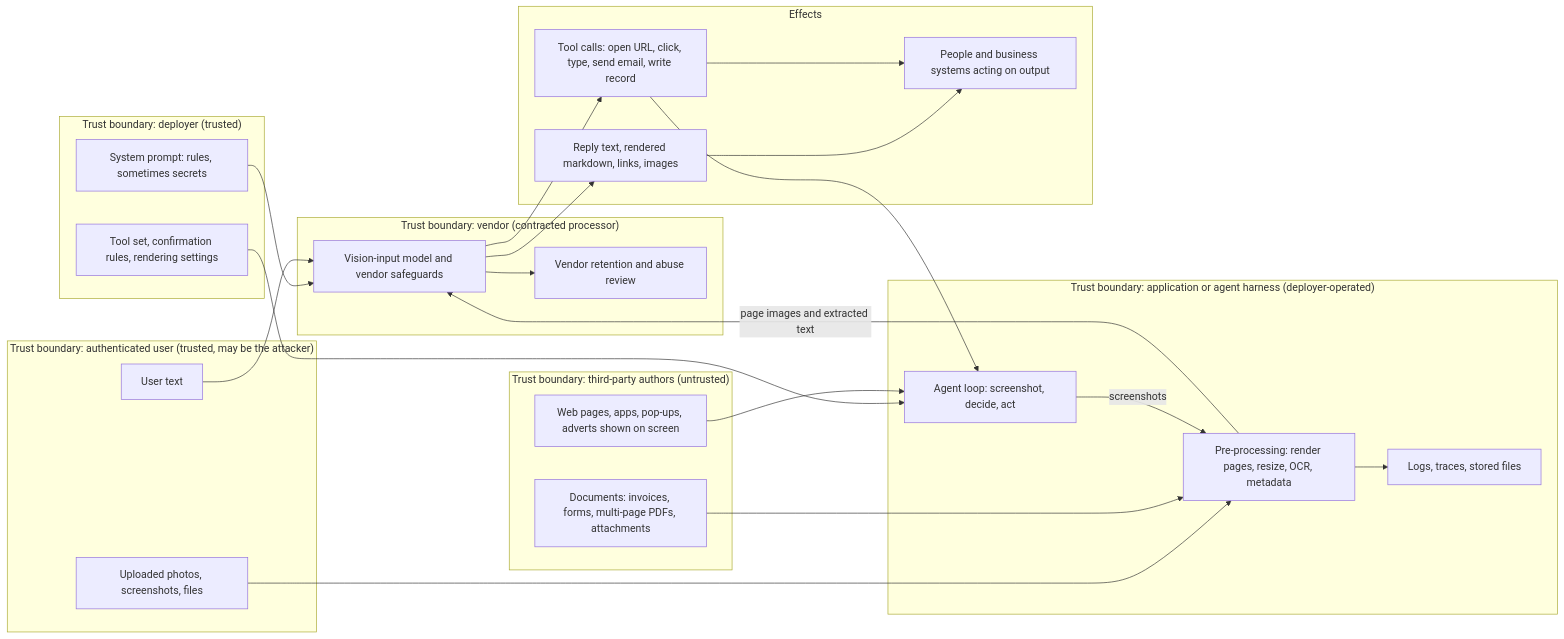
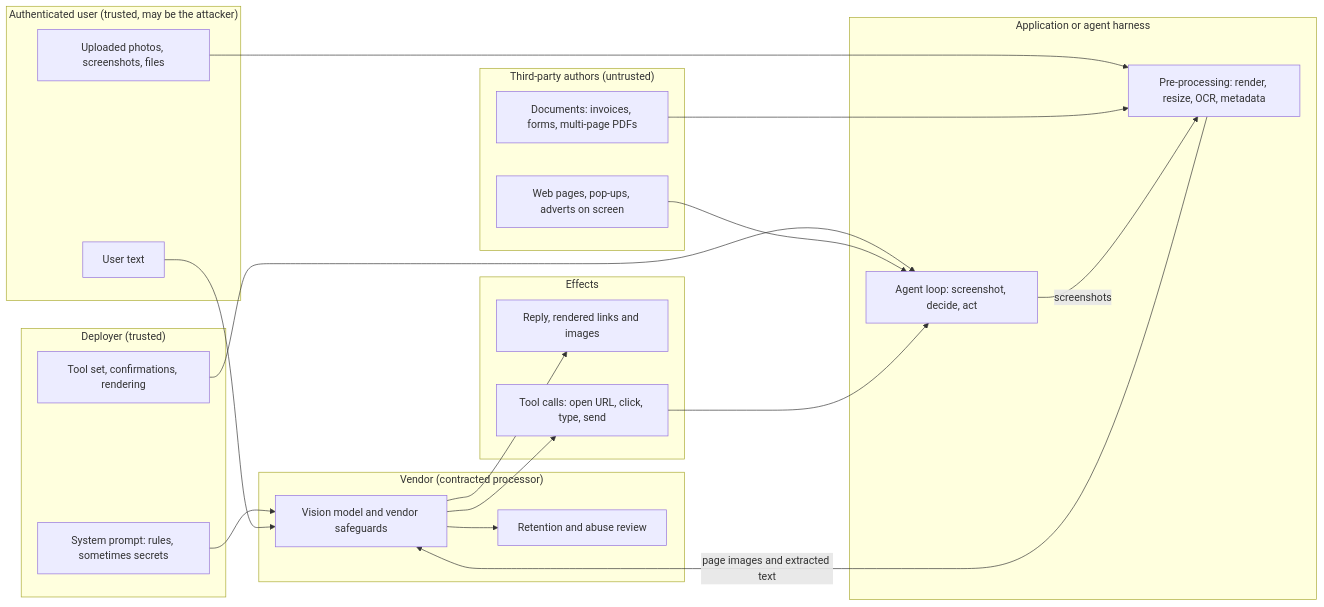
The diagram in threat-models/vision-input-model.md (wtcooper/ai-security-evals), drawn with Mermaid before and after one commit. The commit also changed other lines of this file and 5 other files, not shown here.

````diff
--- a/threat-models/vision-input-model.md
+++ b/threat-models/vision-input-model.md
@@ -111,44 +70,39 @@
 ```mermaid
 flowchart LR
-  subgraph DEP["Trust boundary: deployer (trusted)"]
+  subgraph DEP["Deployer (trusted)"]
     SP["System prompt: rules, sometimes secrets"]
-    CFG["Tool set, confirmation rules, rendering settings"]
+    CFG["Tool set, confirmations, rendering"]
   end
-  subgraph USR["Trust boundary: authenticated user (trusted, may be the attacker)"]
+  subgraph USR["Authenticated user (trusted, may be the attacker)"]
     UT["User text"]
     UP["Uploaded photos, screenshots, files"]
   end
-  subgraph EXT["Trust boundary: third-party authors (untrusted)"]
-    DOC["Documents: invoices, forms, multi-page PDFs, attachments"]
-    WEB["Web pages, apps, pop-ups, adverts shown on screen"]
+  subgraph EXT["Third-party authors (untrusted)"]
+    DOC["Documents: invoices, forms, multi-page PDFs"]
+    WEB["Web pages, pop-ups, adverts on screen"]
   end
-  subgraph APP["Trust boundary: application or agent harness (deployer-operated)"]
-    PRE["Pre-processing: render pages, resize, OCR, metadata"]
+  subgraph APP["Application or agent harness"]
+    PRE["Pre-processing: render, resize, OCR, metadata"]
     LOOP["Agent loop: screenshot, decide, act"]
-    LOG["Logs, traces, stored files"]
   end
-  subgraph VEN["Trust boundary: vendor (contracted processor)"]
-    VM["Vision-input model and vendor safeguards"]
-    VR["Vendor retention and abuse review"]
+  subgraph VEN["Vendor (contracted processor)"]
+    VM["Vision model and vendor safeguards"]
+    VR["Retention and abuse review"]
   end
   subgraph EFF["Effects"]
-    OUT["Reply text, rendered markdown, links, images"]
-    ACT["Tool calls: open URL, click, type, send email, write record"]
-    BIZ["People and business systems acting on output"]
+    OUT["Reply, rendered links and images"]
+    ACT["Tool calls: open URL, click, type, send"]
   end
   SP --> VM
   CFG --> LOOP
   UT --> VM
   UP --> PRE
   DOC --> PRE
   WEB --> LOOP
   LOOP -->|screenshots| PRE
   PRE -->|page images and extracted text| VM
-  PRE --> LOG
   VM --> VR
   VM --> OUT
   VM --> ACT
   ACT --> LOOP
-  OUT --> BIZ
-  ACT --> BIZ
 ```
````
